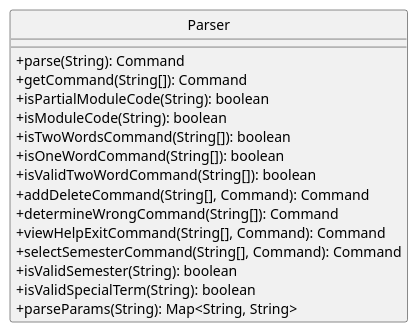
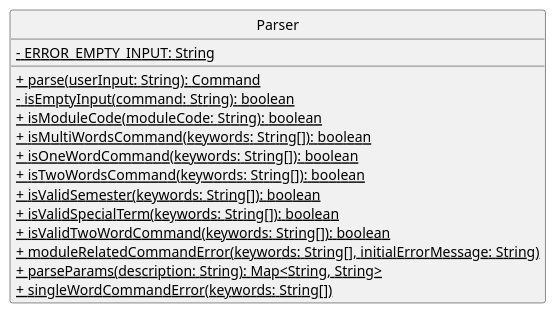
Before and after one commit to nus-cs2113-AY2223S1/tp: the diagram in docs/UMLdiagrams/parserClass.puml, drawn with PlantUML. The commit also changed 10 other files, not shown here.

Commit message:
Update other class diagrams

```diff
--- a/docs/UMLdiagrams/parserClass.puml
+++ b/docs/UMLdiagrams/parserClass.puml
@@ -1,23 +1,22 @@
 @startuml
 'https://plantuml.com/class-diagram
 hide circle
 skinparam classAttributeIconSize 0
 
 class Parser {
+    <u>- ERROR_EMPTY_INPUT: String
 
-    + parse(String): Command
-    + getCommand(String[]): Command
-    + isPartialModuleCode(String): boolean
-    + isModuleCode(String): boolean
-    + isTwoWordsCommand(String[]): boolean
-    + isOneWordCommand(String[]): boolean
-    + isValidTwoWordCommand(String[]): boolean
-    + addDeleteCommand(String[], Command): Command
-    + determineWrongCommand(String[]): Command
-    + viewHelpExitCommand(String[], Command): Command
-    + selectSemesterCommand(String[], Command): Command
-    + isValidSemester(String): boolean
-    + isValidSpecialTerm(String): boolean
-    + parseParams(String): Map<String, String>
+    <u>+ parse(userInput: String): Command
+    <u>- isEmptyInput(command: String): boolean
+    <u>+ isModuleCode(moduleCode: String): boolean
+    <u>+ isMultiWordsCommand(keywords: String[]): boolean
+    <u>+ isOneWordCommand(keywords: String[]): boolean
+    <u>+ isTwoWordsCommand(keywords: String[]): boolean
+    <u>+ isValidSemester(keywords: String[]): boolean
+    <u>+ isValidSpecialTerm(keywords: String[]): boolean
+    <u>+ isValidTwoWordCommand(keywords: String[]): boolean
+    <u>+ moduleRelatedCommandError(keywords: String[], initialErrorMessage: String)
+    <u>+ parseParams(description: String): Map<String, String>
+    <u>+ singleWordCommandError(keywords: String[])
 }
 @enduml
```
